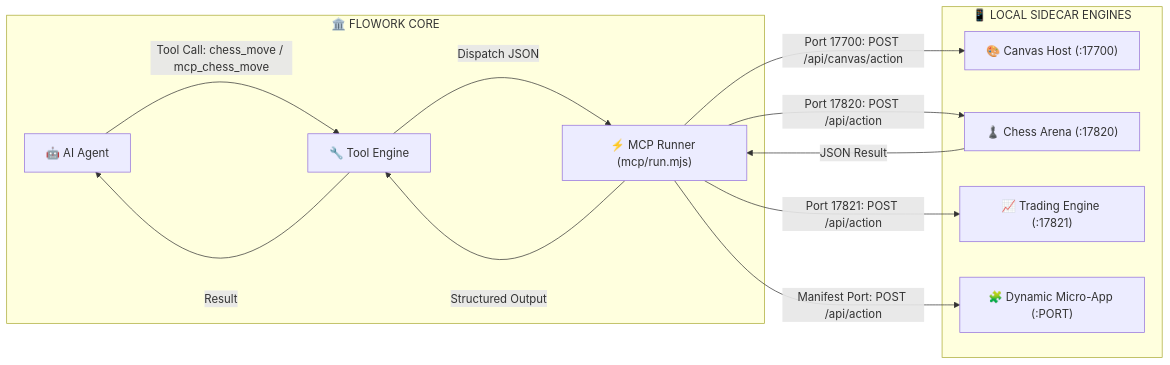
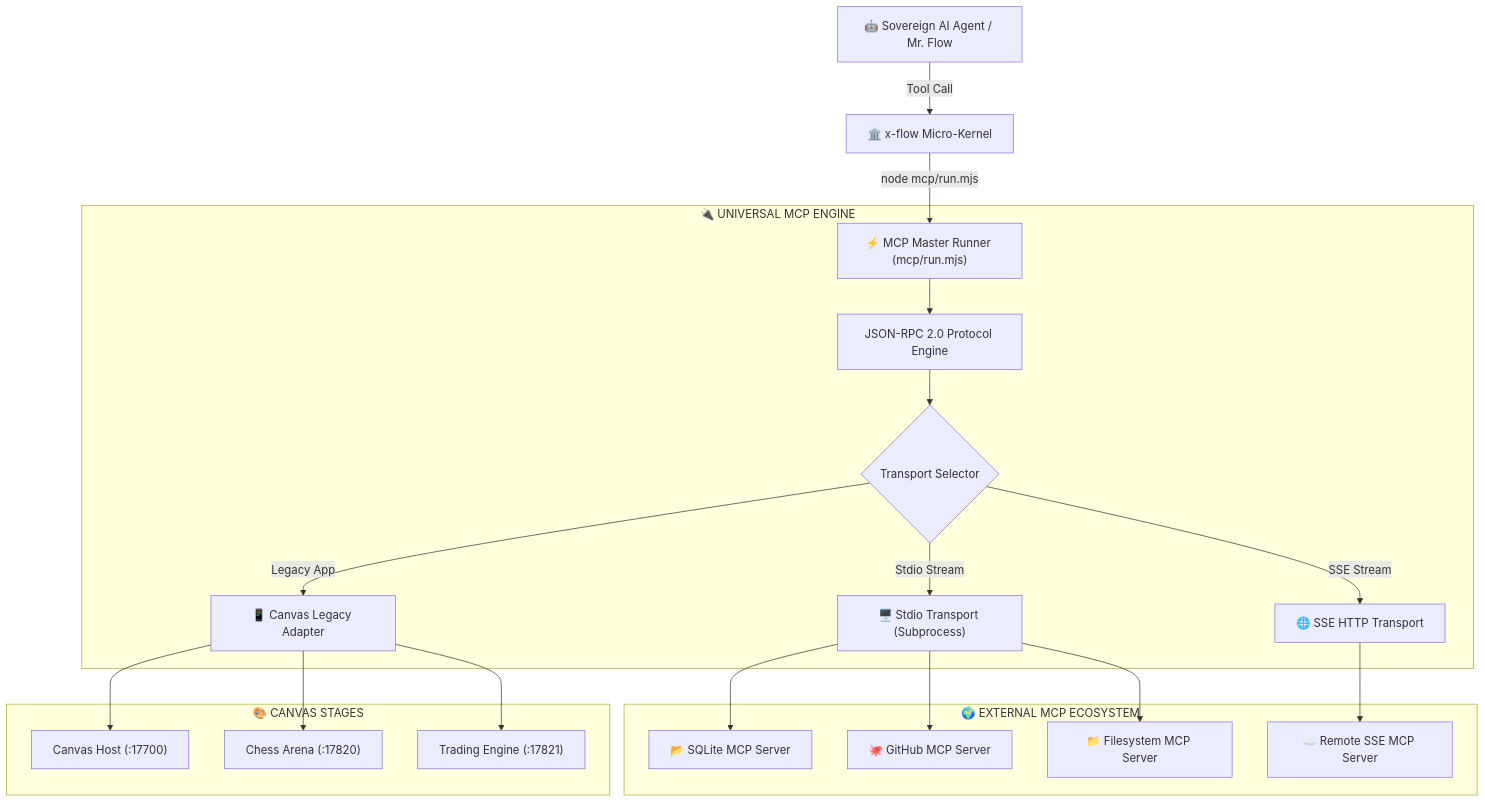
The diagram in windows/mcp/README.MD (flowork-os/FLOWORK-AGENT), drawn with Mermaid before and after one commit. The commit also changed other lines of this file and 216 other files, not shown here.

````diff
--- a/windows/mcp/README.MD
+++ b/windows/mcp/README.MD
@@ -16,27 +28,27 @@
 ```mermaid
-graph LR
-    subgraph Agent_Core["🏛️ FLOWORK CORE"]
-        Agent[🤖 AI Agent]
-        ToolEngine[🔧 Tool Engine]
-        MCPRunner["⚡ MCP Runner (mcp/run.mjs)"]
+graph TD
+    Agent[🤖 Sovereign AI Agent / Mr. Flow] -->|Tool Call| Kernel[🏛️ x-flow Micro-Kernel]
+    Kernel -->|node mcp/run.mjs <tool>| MasterRunner["⚡ MCP Master Runner (mcp/run.mjs)"]
+    
+    subgraph Sovereign_MCP_Engine["🔌 UNIVERSAL MCP ENGINE"]
+        MasterRunner --> Protocol["JSON-RPC 2.0 Protocol Engine"]
+        Protocol --> Router{Transport Selector}
+        
+        Router -->|Stdio Stream| StdioTransport["🖥️ Stdio Transport (Subprocess)"]
+        Router -->|SSE Stream| SseTransport["🌐 SSE HTTP Transport"]
+        Router -->|Legacy App| LegacyAdapter["📱 Canvas Legacy Adapter"]
     end
 
-    subgraph Sidecar_Engines["📱 LOCAL SIDECAR ENGINES"]
-        CanvasHost["🎨 Canvas Host (:17700)"]
-        ChessEngine["♟️ Chess Arena (:17820)"]
-        TradingEngine["📈 Trading Engine (:17821)"]
-        CustomApp["🧩 Dynamic Micro-App (:PORT)"]
+    subgraph Real_World_MCP["🌍 EXTERNAL MCP ECOSYSTEM"]
+        StdioTransport --> SQLite["📂 SQLite MCP Server"]
+        StdioTransport --> GitHub["🐙 GitHub MCP Server"]
+        StdioTransport --> Filesystem["📁 Filesystem MCP Server"]
+        SseTransport --> RemoteMCP["☁️ Remote SSE MCP Server"]
     end
 
-    Agent -->|Tool Call: chess_move / mcp_chess_move| ToolEngine
-    ToolEngine -->|Dispatch JSON| MCPRunner
-    
-    MCPRunner -->|Port 17700: POST /api/canvas/action| CanvasHost
-    MCPRunner -->|Port 17820: POST /api/action| ChessEngine
-    MCPRunner -->|Port 17821: POST /api/action| TradingEngine
-    MCPRunner -->|Manifest Port: POST /api/action| CustomApp
-
-    ChessEngine -->|JSON Result| MCPRunner
-    MCPRunner -->|Structured Output| ToolEngine
-    ToolEngine -->|Result| Agent
+    subgraph Internal_Sidecars["🎨 CANVAS STAGES"]
+        LegacyAdapter --> CanvasHost["Canvas Host (:17700)"]
+        LegacyAdapter --> ChessEngine["Chess Arena (:17820)"]
+        LegacyAdapter --> TradingEngine["Trading Engine (:17821)"]
+    end
 ```
````
